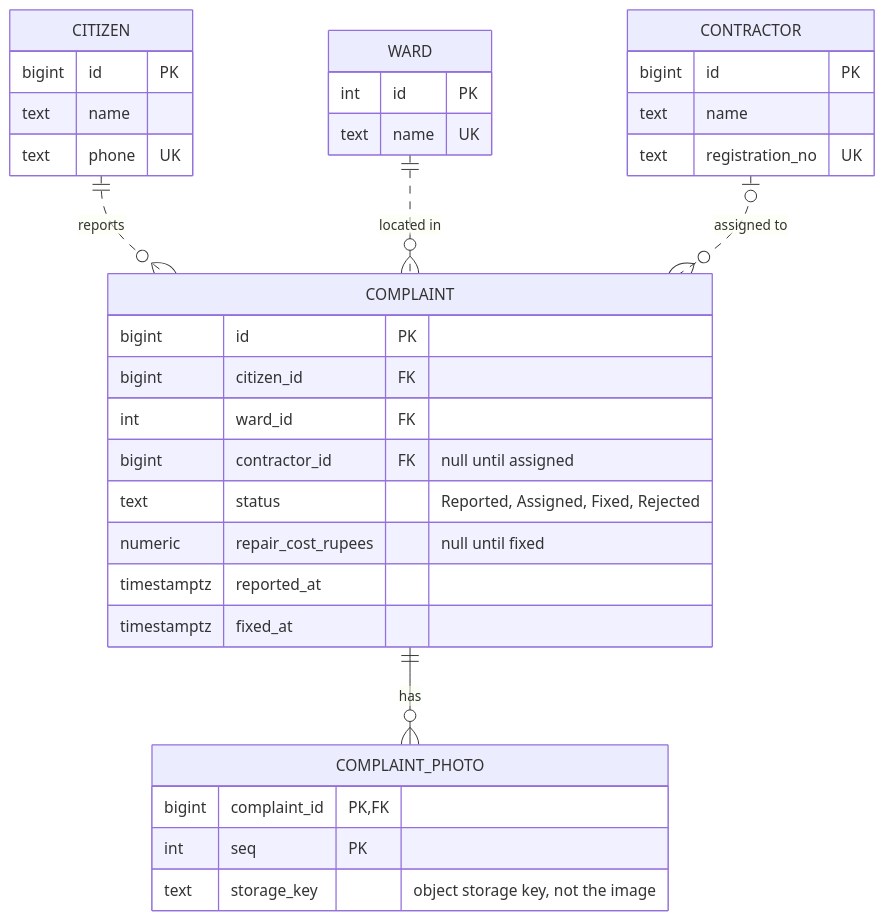
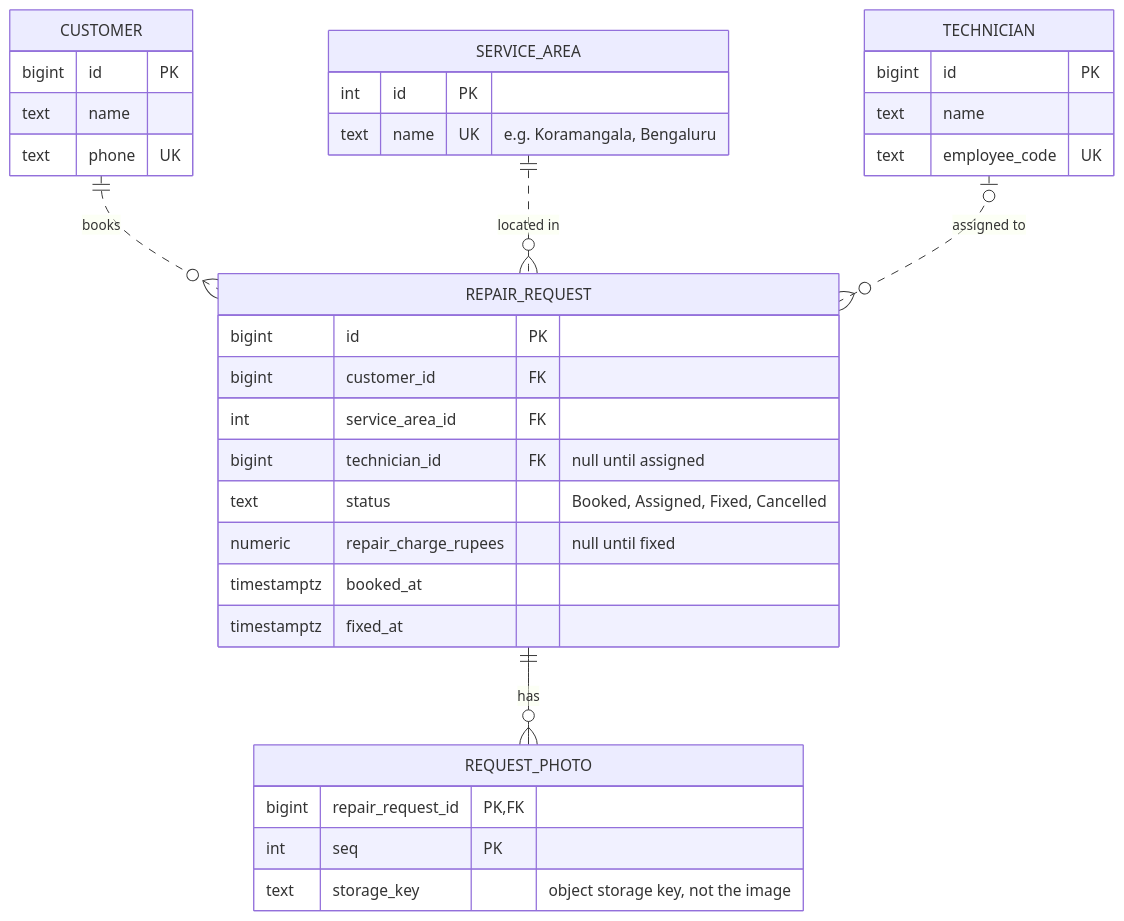
One commit to rizwi0786/system-design-lab changed the fifth of 7 diagrams in content/lessons/m05/m05-er-diagrams.md. Above: the diagram before and after it, drawn with Mermaid. The commit also changed other lines of this file and 334 other files, not shown here.

````diff
--- a/content/lessons/m05/m05-er-diagrams.md
+++ b/content/lessons/m05/m05-er-diagrams.md
@@ -764,36 +764,36 @@
 ```mermaid
 erDiagram
-    CITIZEN ||..o{ COMPLAINT : reports
-    WARD ||..o{ COMPLAINT : "located in"
-    CONTRACTOR |o..o{ COMPLAINT : "assigned to"
-    COMPLAINT ||--o{ COMPLAINT_PHOTO : has
-    CITIZEN {
+    CUSTOMER ||..o{ REPAIR_REQUEST : books
+    SERVICE_AREA ||..o{ REPAIR_REQUEST : "located in"
+    TECHNICIAN |o..o{ REPAIR_REQUEST : "assigned to"
+    REPAIR_REQUEST ||--o{ REQUEST_PHOTO : has
+    CUSTOMER {
         bigint id PK
         text name
         text phone UK
     }
-    WARD {
+    SERVICE_AREA {
         int id PK
-        text name UK
+        text name UK "e.g. Koramangala, Bengaluru"
     }
-    CONTRACTOR {
+    TECHNICIAN {
         bigint id PK
         text name
-        text registration_no UK
+        text employee_code UK
     }
-    COMPLAINT {
+    REPAIR_REQUEST {
         bigint id PK
-        bigint citizen_id FK
-        int ward_id FK
-        bigint contractor_id FK "null until assigned"
-        text status "Reported, Assigned, Fixed, Rejected"
-        numeric repair_cost_rupees "null until fixed"
-        timestamptz reported_at
+        bigint customer_id FK
+        int service_area_id FK
+        bigint technician_id FK "null until assigned"
+        text status "Booked, Assigned, Fixed, Cancelled"
+        numeric repair_charge_rupees "null until fixed"
+        timestamptz booked_at
         timestamptz fixed_at
     }
-    COMPLAINT_PHOTO {
-        bigint complaint_id PK, FK
+    REQUEST_PHOTO {
+        bigint repair_request_id PK, FK
         int seq PK
         text storage_key "object storage key, not the image"
     }
 ```
````
